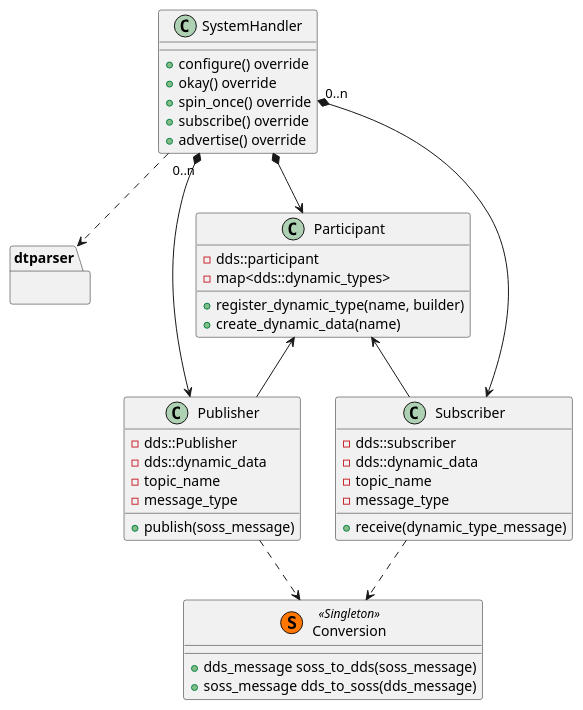
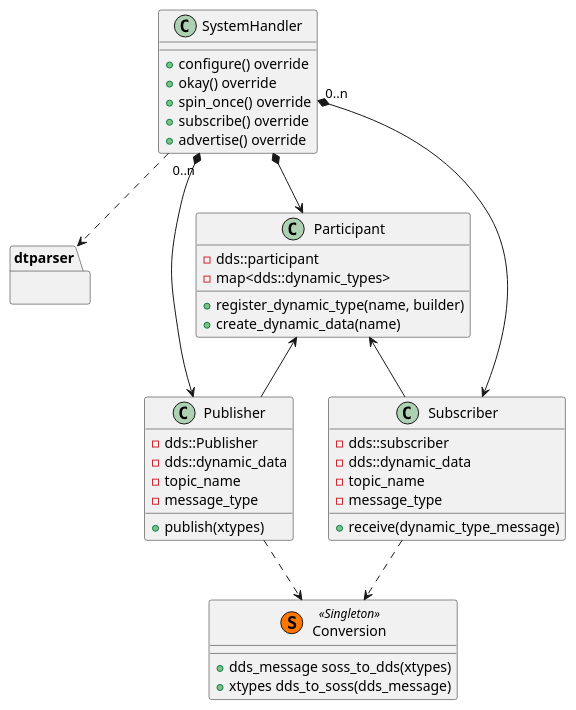
Before and after one commit to eProsima/FastDDS-SH: the diagram in dds/doc/diagram-design/class.puml, drawn with PlantUML. The commit also changed 2 other files, not shown here.

```diff
--- a/dds/doc/diagram-design/class.puml
+++ b/dds/doc/diagram-design/class.puml
@@ -1,53 +1,53 @@
 @startuml
 
 SystemHandler "0..n" *--> Publisher
 SystemHandler "0..n" *--> Subscriber
 SystemHandler *--> Participant
 SystemHandler ..> dtparser
 
 Participant <-- Publisher
 Participant <-- Subscriber
 
 Publisher ..> Conversion
 Subscriber ..> Conversion
 
 class SystemHandler {
     + configure() override
     + okay() override
     + spin_once() override
     + subscribe() override
     + advertise() override
 }
 
 class Participant {
     - dds::participant
     - map<dds::dynamic_types>
     + register_dynamic_type(name, builder)
     + create_dynamic_data(name)
 }
 
 class Publisher {
     - dds::Publisher
     - dds::dynamic_data
     - topic_name
     - message_type
-    + publish(soss_message)
+    + publish(xtypes)
 }
 
 class Subscriber {
     - dds::subscriber
     - dds::dynamic_data
     - topic_name
     - message_type
     + receive(dynamic_type_message)
 }
 
 class Conversion << (S,#FF7700) Singleton >> {
-    + dds_message soss_to_dds(soss_message)
-    + soss_message dds_to_soss(dds_message)
+    + dds_message soss_to_dds(xtypes)
+    + xtypes dds_to_soss(dds_message)
 }
 
 package dtparser {
 }
 
 @enduml
```
